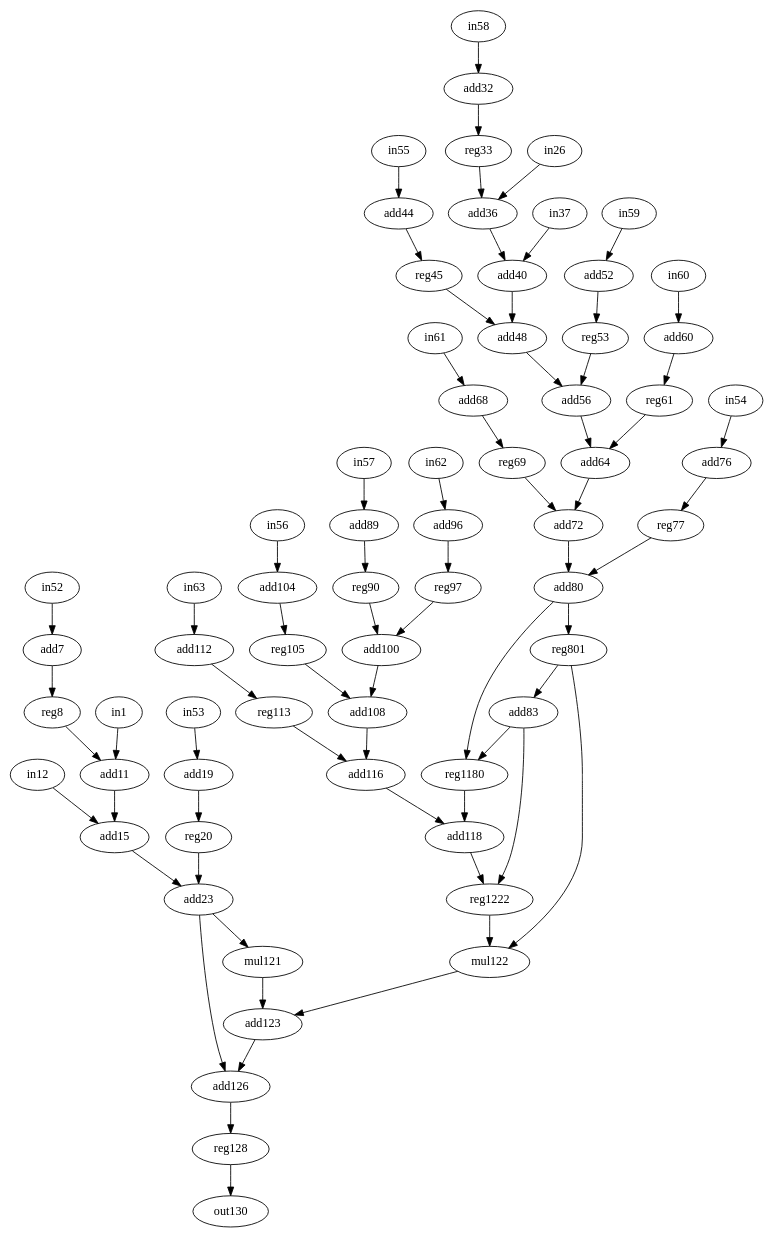
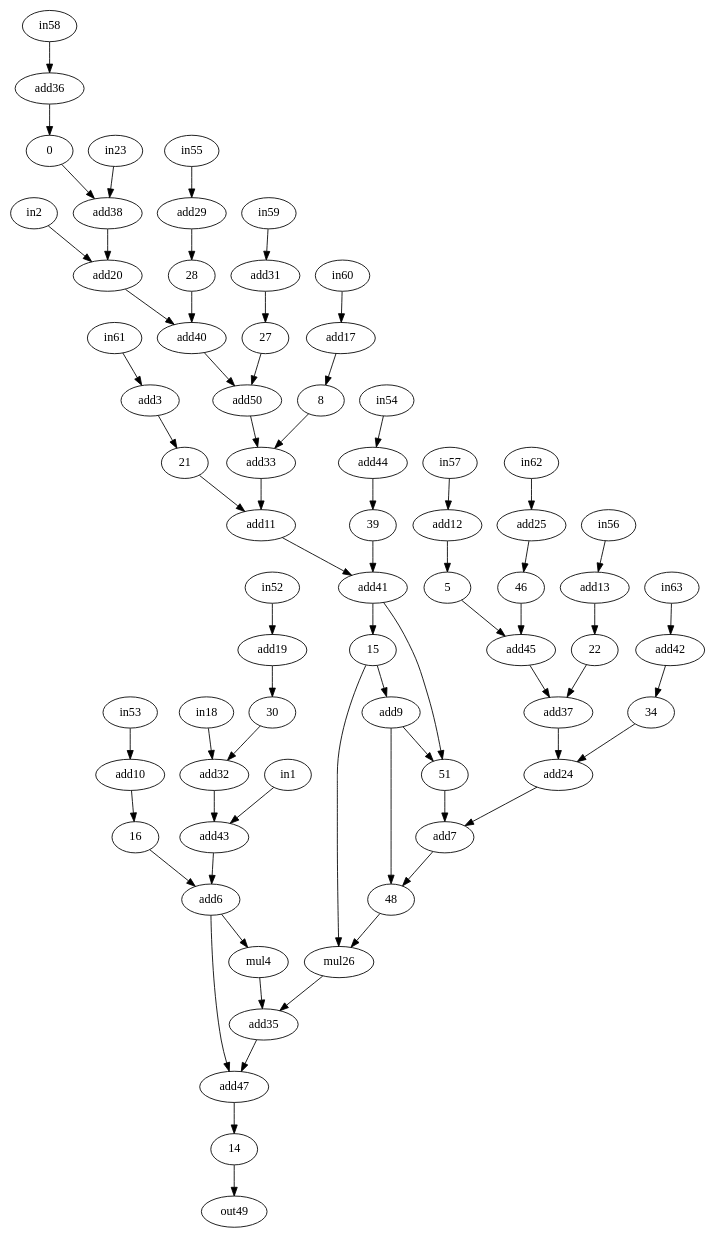
One commit to jeronimopenha/traversal_project changed the diagram in bench/test_bench/assincrono/h2v2_smooth.dot. Above: the diagram before and after it, drawn with Graphviz. The commit also changed 5 other files, not shown here.

```diff
--- a/bench/test_bench/assincrono/h2v2_smooth.dot
+++ b/bench/test_bench/assincrono/h2v2_smooth.dot
@@ -1,133 +1,117 @@
 digraph "h2v2_smooth" {
-0 [label=reg33, op=reg];
-1 [label=in12, op=in];
-2 [label=in37, op=in];
-3 [label=add68, op=addi, value=2];
-4 [label=mul121, op=muli, value=2];
-5 [label=reg90, op=reg];
-6 [label=add23, op=add];
-7 [label=add118, op=add];
-8 [label=reg61, op=reg];
-9 [label=add83, op=addi, value=2];
-10 [label=add19, op=addi, value=2];
-11 [label=add72, op=add];
-12 [label=add89, op=addi, value=2];
-13 [label=add104, op=addi, value=2];
-14 [label=reg128, op=reg];
-15 [label=reg801, op=reg];
-16 [label=reg20, op=reg];
-17 [label=add60, op=addi, value=2];
-18 [label=in1, op=in];
-19 [label=add7, op=addi, value=2];
-20 [label=add40, op=add];
-21 [label=reg69, op=reg];
-22 [label=reg105, op=reg];
-23 [label=in26, op=in];
-24 [label=add116, op=add];
-25 [label=add96, op=addi, value=2];
-26 [label=mul122, op=mul];
-27 [label=reg53, op=reg];
-28 [label=reg45, op=reg];
-29 [label=add44, op=addi, value=2];
-30 [label=reg8, op=reg];
-31 [label=add52, op=addi, value=2];
-32 [label=add11, op=add];
-33 [label=add64, op=add];
-34 [label=reg113, op=reg];
-35 [label=add123, op=add];
-36 [label=add32, op=addi, value=2];
-37 [label=add108, op=add];
-38 [label=add36, op=add];
-39 [label=reg77, op=reg];
-40 [label=add48, op=add];
-41 [label=add80, op=add];
-42 [label=add112, op=addi, value=2];
-43 [label=add15, op=add];
-44 [label=add76, op=addi, value=2];
-45 [label=add100, op=add];
-46 [label=reg97, op=reg];
-47 [label=add126, op=add];
-48 [label=reg1222, op=reg];
-49 [label=out130, op=out];
-50 [label=add56, op=add];
-51 [label=reg1180, op=reg];
+1 [label=in1, op=in];
+2 [label=in2, op=in];
+3 [label=add3, op=addi, value=2];
+4 [label=mul4, op=muli, value=2];
+6 [label=add6, op=add];
+7 [label=add7, op=add];
+9 [label=add9, op=addi, value=2];
+10 [label=add10, op=addi, value=2];
+11 [label=add11, op=add];
+12 [label=add12, op=addi, value=2];
+13 [label=add13, op=addi, value=2];
+17 [label=add17, op=addi, value=2];
+18 [label=in18, op=in];
+19 [label=add19, op=addi, value=2];
+20 [label=add20, op=add];
+23 [label=in23, op=in];
+24 [label=add24, op=add];
+25 [label=add25, op=addi, value=2];
+26 [label=mul26, op=mul];
+29 [label=add29, op=addi, value=2];
+31 [label=add31, op=addi, value=2];
+32 [label=add32, op=add];
+33 [label=add33, op=add];
+35 [label=add35, op=add];
+36 [label=add36, op=addi, value=2];
+37 [label=add37, op=add];
+38 [label=add38, op=add];
+40 [label=add40, op=add];
+41 [label=add41, op=add];
+42 [label=add42, op=addi, value=2];
+43 [label=add43, op=add];
+44 [label=add44, op=addi, value=2];
+45 [label=add45, op=add];
+47 [label=add47, op=add];
+49 [label=out49, op=out];
+50 [label=add50, op=add];
 52 [label=in52, op=in];
 53 [label=in53, op=in];
 54 [label=in54, op=in];
 55 [label=in55, op=in];
 56 [label=in56, op=in];
 57 [label=in57, op=in];
 58 [label=in58, op=in];
 59 [label=in59, op=in];
 60 [label=in60, op=in];
 61 [label=in61, op=in];
 62 [label=in62, op=in];
 63 [label=in63, op=in];
 0 -> 38  [port=0, w=0];
 1 -> 43  [port=0, w=0];
 2 -> 20  [port=0, w=0];
 3 -> 21  [port=0, w=0];
 4 -> 35  [port=0, w=0];
 5 -> 45  [port=0, w=0];
 6 -> 4  [port=0, w=0];
 6 -> 47  [port=0, w=0];
 7 -> 48  [port=0, w=0];
 8 -> 33  [port=0, w=0];
 9 -> 48  [port=1, w=0];
 9 -> 51  [port=0, w=0];
 10 -> 16  [port=0, w=0];
 11 -> 41  [port=0, w=0];
 12 -> 5  [port=0, w=0];
 13 -> 22  [port=0, w=0];
 14 -> 49  [port=0, w=0];
 15 -> 9  [port=0, w=0];
 15 -> 26  [port=0, w=0];
 16 -> 6  [port=0, w=0];
 17 -> 8  [port=0, w=0];
 18 -> 32  [port=0, w=0];
 19 -> 30  [port=0, w=0];
 20 -> 40  [port=0, w=0];
 21 -> 11  [port=0, w=0];
 22 -> 37  [port=0, w=0];
 23 -> 38  [port=1, w=0];
 24 -> 7  [port=0, w=0];
 25 -> 46  [port=0, w=0];
 26 -> 35  [port=1, w=0];
 27 -> 50  [port=0, w=0];
 28 -> 40  [port=1, w=0];
 29 -> 28  [port=0, w=0];
 30 -> 32  [port=1, w=0];
 31 -> 27  [port=0, w=0];
 32 -> 43  [port=1, w=0];
 33 -> 11  [port=1, w=0];
 34 -> 24  [port=0, w=0];
 35 -> 47  [port=1, w=0];
 36 -> 0  [port=0, w=0];
 37 -> 24  [port=1, w=0];
 38 -> 20  [port=1, w=0];
 39 -> 41  [port=1, w=0];
 40 -> 50  [port=1, w=0];
 41 -> 15  [port=0, w=0];
 41 -> 51  [port=1, w=0];
 42 -> 34  [port=0, w=0];
 43 -> 6  [port=1, w=0];
 44 -> 39  [port=0, w=0];
 45 -> 37  [port=1, w=0];
 46 -> 45  [port=1, w=0];
 47 -> 14  [port=0, w=0];
 48 -> 26  [port=1, w=0];
 50 -> 33  [port=1, w=0];
 51 -> 7  [port=1, w=0];
 52 -> 19  [port=0, w=0];
 53 -> 10  [port=0, w=0];
 54 -> 44  [port=0, w=0];
 55 -> 29  [port=0, w=0];
 56 -> 13  [port=0, w=0];
 57 -> 12  [port=0, w=0];
 58 -> 36  [port=0, w=0];
 59 -> 31  [port=0, w=0];
 60 -> 17  [port=0, w=0];
 61 -> 3  [port=0, w=0];
 62 -> 25  [port=0, w=0];
 63 -> 42  [port=0, w=0];
 }
```
